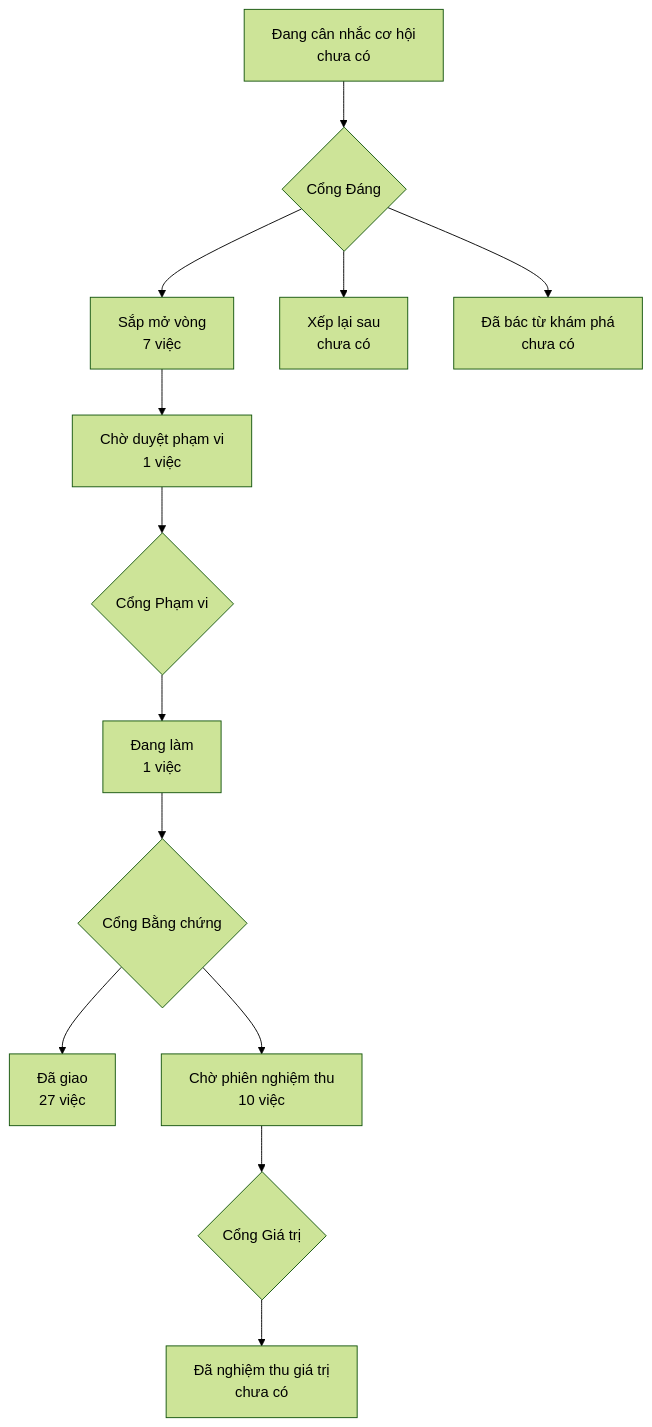
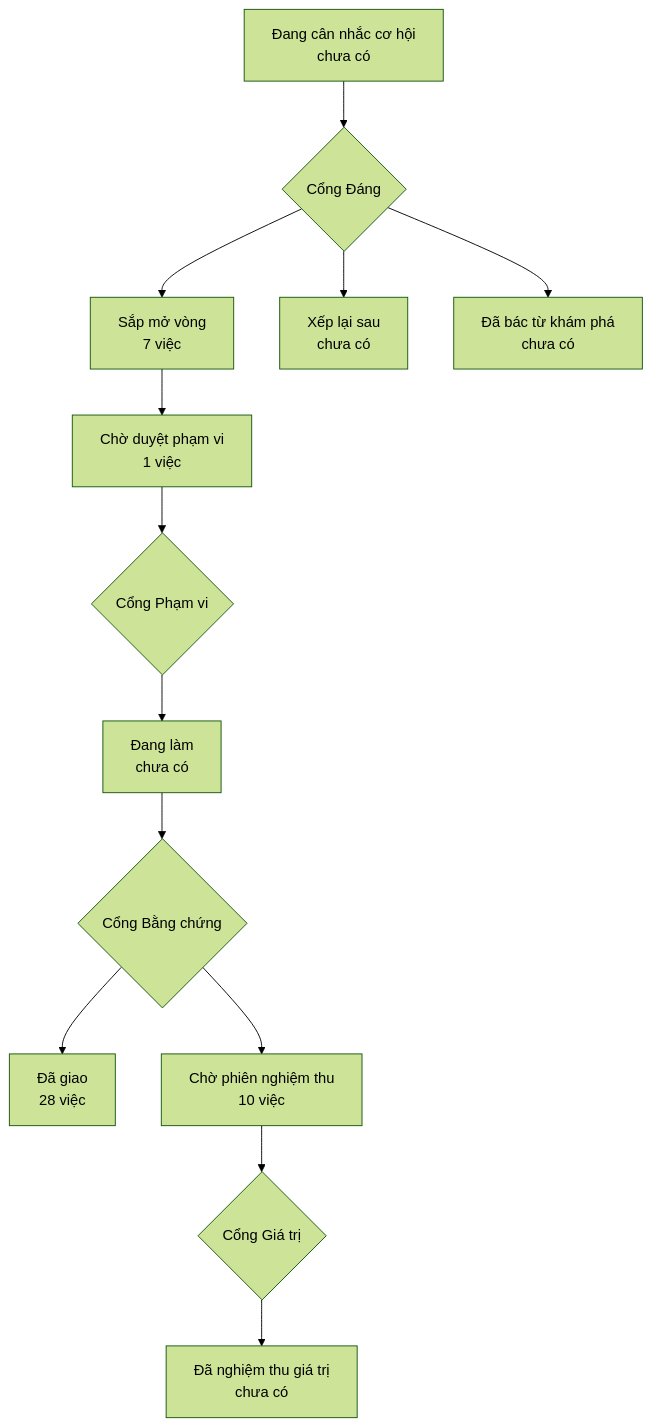
The diagram in PRODUCT-MAP.md (phanlemanh/onehub-invest), drawn with Mermaid (forest theme) before and after one commit. The commit also changed other lines of this file and 4 other files, not shown here.

````diff
--- a/PRODUCT-MAP.md
+++ b/PRODUCT-MAP.md
@@ -7,12 +7,12 @@
 ```mermaid
 flowchart TD
   A["Đang cân nhắc cơ hội<br/>chưa có"] --> GD{"Cổng Đáng"}
   GD --> B["Sắp mở vòng<br/>7 việc"]
   GD --> XL["Xếp lại sau<br/>chưa có"]
   GD --> DB["Đã bác từ khám phá<br/>chưa có"]
   B --> CD["Chờ duyệt phạm vi<br/>1 việc"] --> GP{"Cổng Phạm vi"}
-  GP --> DL["Đang làm<br/>1 việc"] --> GB{"Cổng Bằng chứng"}
-  GB --> DG["Đã giao<br/>27 việc"]
+  GP --> DL["Đang làm<br/>chưa có"] --> GB{"Cổng Bằng chứng"}
+  GB --> DG["Đã giao<br/>28 việc"]
   GB --> CN["Chờ phiên nghiệm thu<br/>10 việc"] --> GG{"Cổng Giá trị"}
   GG --> NT["Đã nghiệm thu giá trị<br/>chưa có"]
 ```
````
